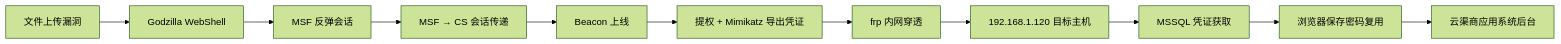
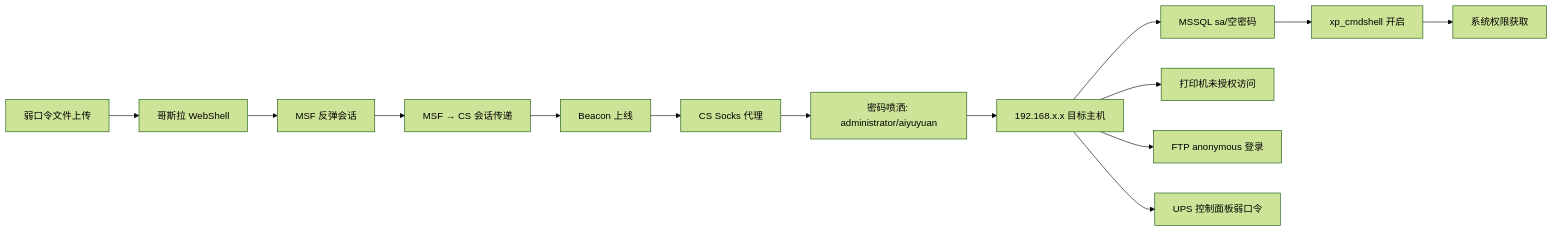
One commit to OpenDocCN1/sec-llm-wiki changed the diagram in pages/listed-company-penetration-test-case-study.md. Above: the diagram before and after it, drawn with Mermaid (forest theme). The commit also changed other lines of this file, not shown here.

````diff
--- a/pages/listed-company-penetration-test-case-study.md
+++ b/pages/listed-company-penetration-test-case-study.md
@@ -36,13 +41,16 @@
 ```mermaid
 flowchart LR
-    A[文件上传漏洞] --> B[Godzilla WebShell]
+    A[弱口令文件上传] --> B[哥斯拉 WebShell]
     B --> C[MSF 反弹会话]
     C --> D[MSF → CS 会话传递]
     D --> E[Beacon 上线]
-    E --> F[提权 + Mimikatz 导出凭证]
-    F --> G[frp 内网穿透]
-    G --> H[192.168.1.120 目标主机]
-    H --> I[MSSQL 凭证获取]
-    I --> J[浏览器保存密码复用]
-    J --> K[云渠商应用系统后台]
+    E --> F[CS Socks 代理]
+    F --> G[密码喷洒: administrator/aiyuyuan]
+    G --> H[192.168.x.x 目标主机]
+    H --> I[MSSQL sa/空密码]
+    I --> J[xp_cmdshell 开启]
+    J --> K[系统权限获取]
+    H --> L[打印机未授权访问]
+    H --> M[FTP anonymous 登录]
+    H --> N[UPS 控制面板弱口令]
 ```
````
